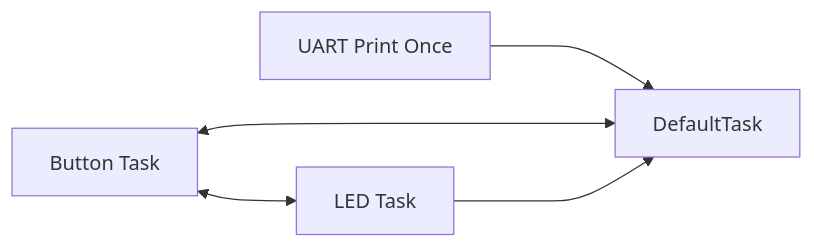
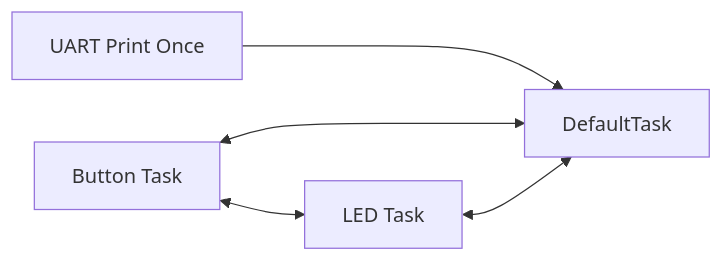
The diagram in S8/CPET 461 - RTOS/Labs/Lab3_Semaphore/Lab3 Diagram.md (trulycaffeinated/RIT2025-26), drawn with Mermaid before and after one commit.

Commit message:
vault backup: 2026-02-02 11:31:45

````diff
--- a/S8/CPET 461 - RTOS/Labs/Lab3_Semaphore/Lab3 Diagram.md
+++ b/S8/CPET 461 - RTOS/Labs/Lab3_Semaphore/Lab3 Diagram.md
@@ -1,8 +1,8 @@
 ```mermaid
 %%{init: {"flowchart": {"curve": "basis"}} }%%
 flowchart LR
 	B[UART Print Once] ---> A[DefaultTask]
 	C[Button Task] <--> A
 	C <--> D
-	D[LED Task] ---> A
+	D[LED Task] <--> A
 ```
````
